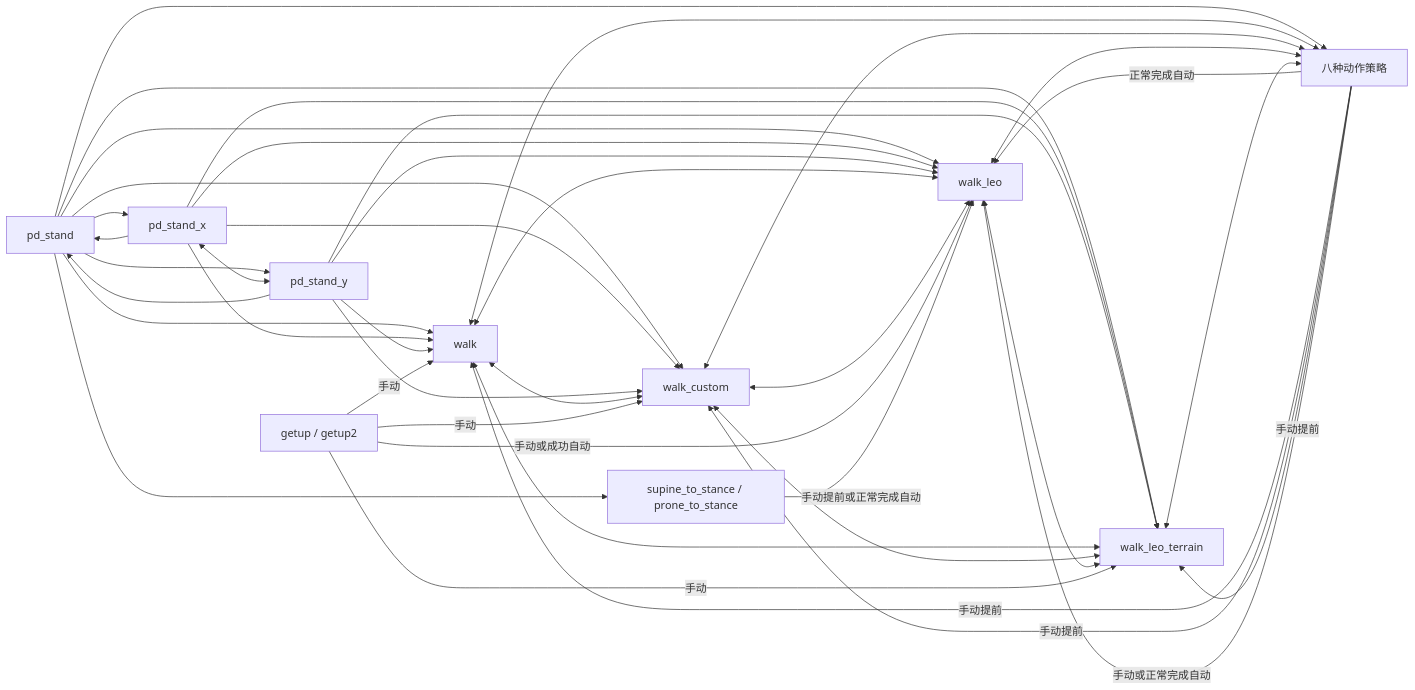
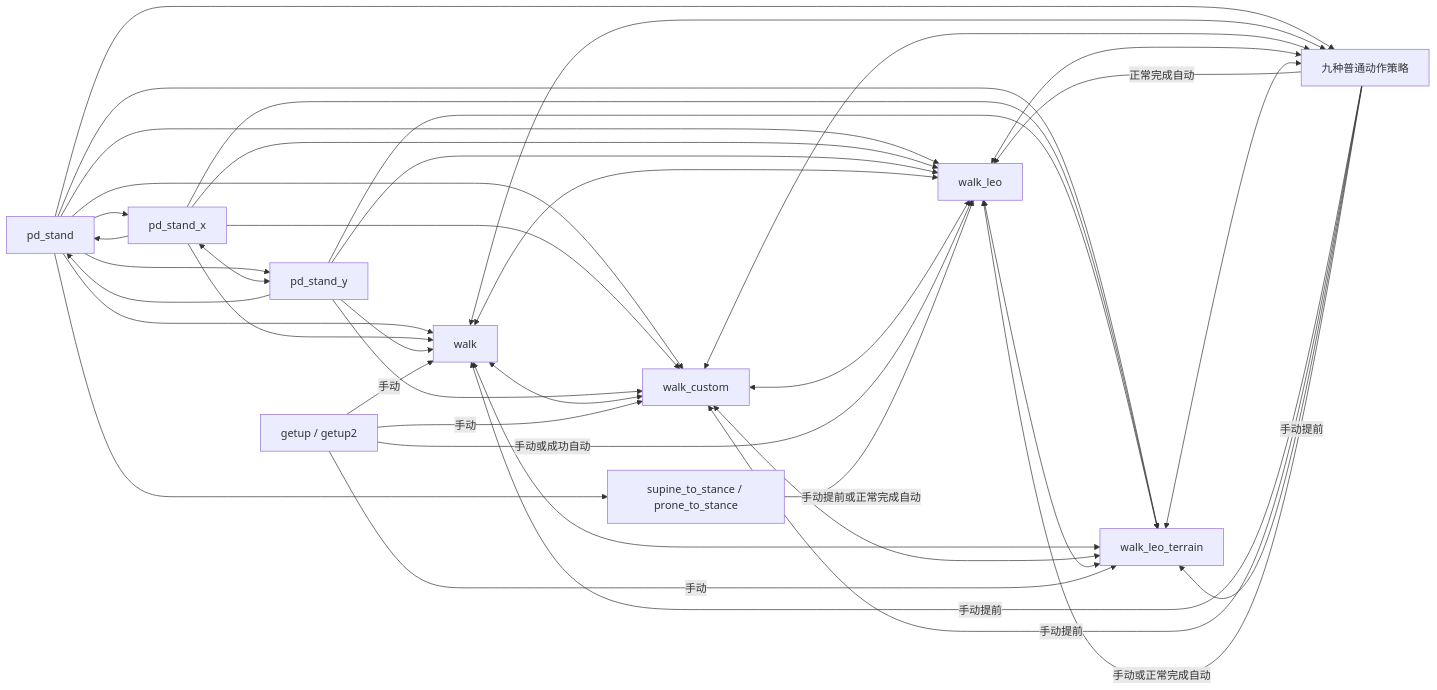
One commit to weishuai-oos/engineai_robotics_native_sdk changed the diagram in docs/t800_motion_transition.md. Above: the diagram before and after it, drawn with Mermaid. The commit also changed other lines of this file and 117 other files, not shown here.

````diff
--- a/docs/t800_motion_transition.md
+++ b/docs/t800_motion_transition.md
@@ -51,56 +51,56 @@
 ```mermaid
 flowchart LR
   PD[pd_stand]
   W1[walk]
   W2[walk_custom]
   W3[walk_leo]
   W4[walk_leo_terrain]
   PX[pd_stand_x]
   PY[pd_stand_y]
-  A[八种动作策略]
+  A[九种普通动作策略]
   S[supine_to_stance / prone_to_stance]
   G[getup / getup2]
 
   PD --> W1
   PD --> W2
   PD --> W3
   PD --> W4
   PD --> A
   PD --> S
   PD --> PX
   PD --> PY
 
   PX <--> PY
   PX --> PD
   PY --> PD
   PX --> W1
   PX --> W2
   PX --> W3
   PX --> W4
   PY --> W1
   PY --> W2
   PY --> W3
   PY --> W4
 
   W1 <--> W2
   W1 <--> W3
   W1 <--> W4
   W2 <--> W3
   W2 <--> W4
   W3 <--> W4
   W1 <--> A
   W2 <--> A
   W3 <--> A
   W4 <--> A
 
   G -->|手动| W1
   G -->|手动| W2
   G -->|手动| W4
   G -->|手动或成功自动| W3
   A -->|正常完成自动| W3
   S -->|手动提前或正常完成自动| W3
   A -->|手动提前| W1
   A -->|手动提前| W2
   A -->|手动提前| W4
   A -->|手动或正常完成自动| W3
 ```
````
